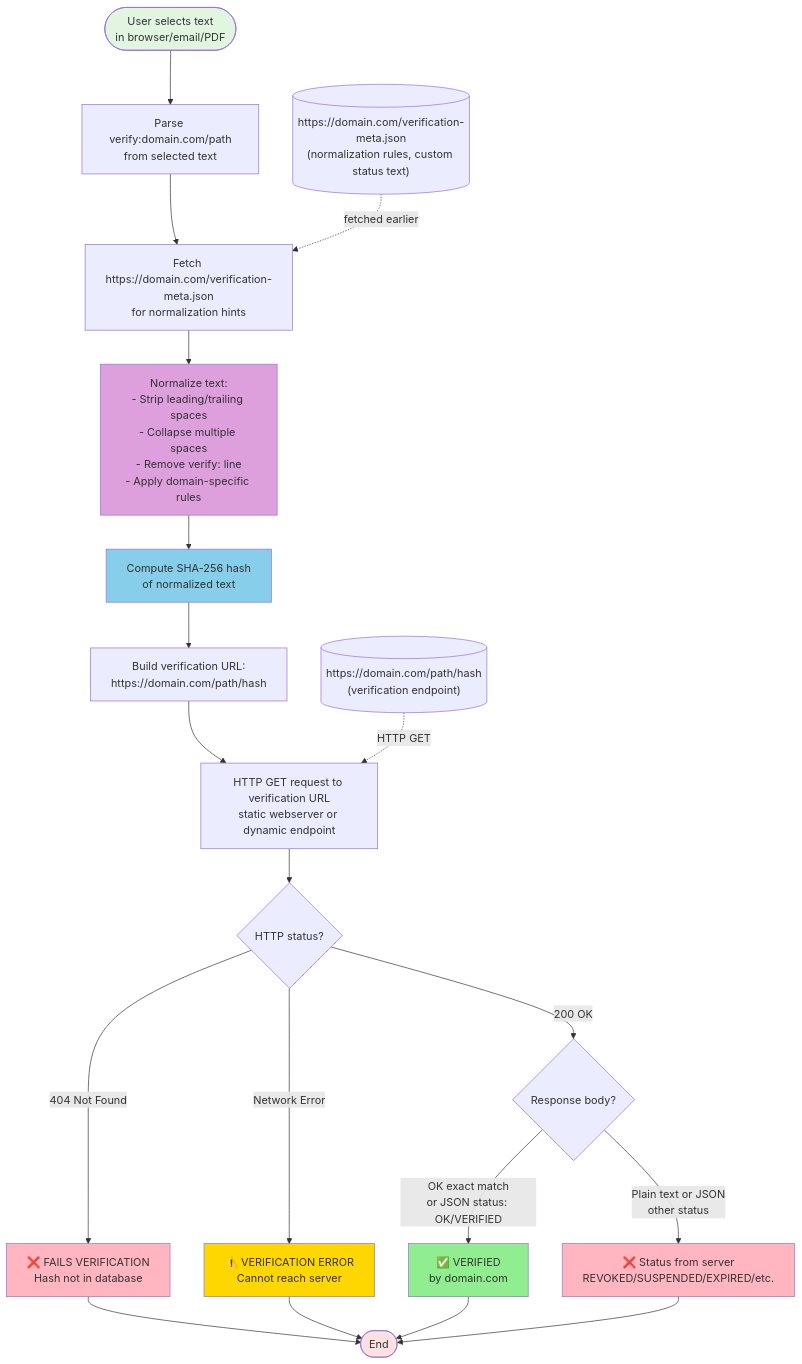
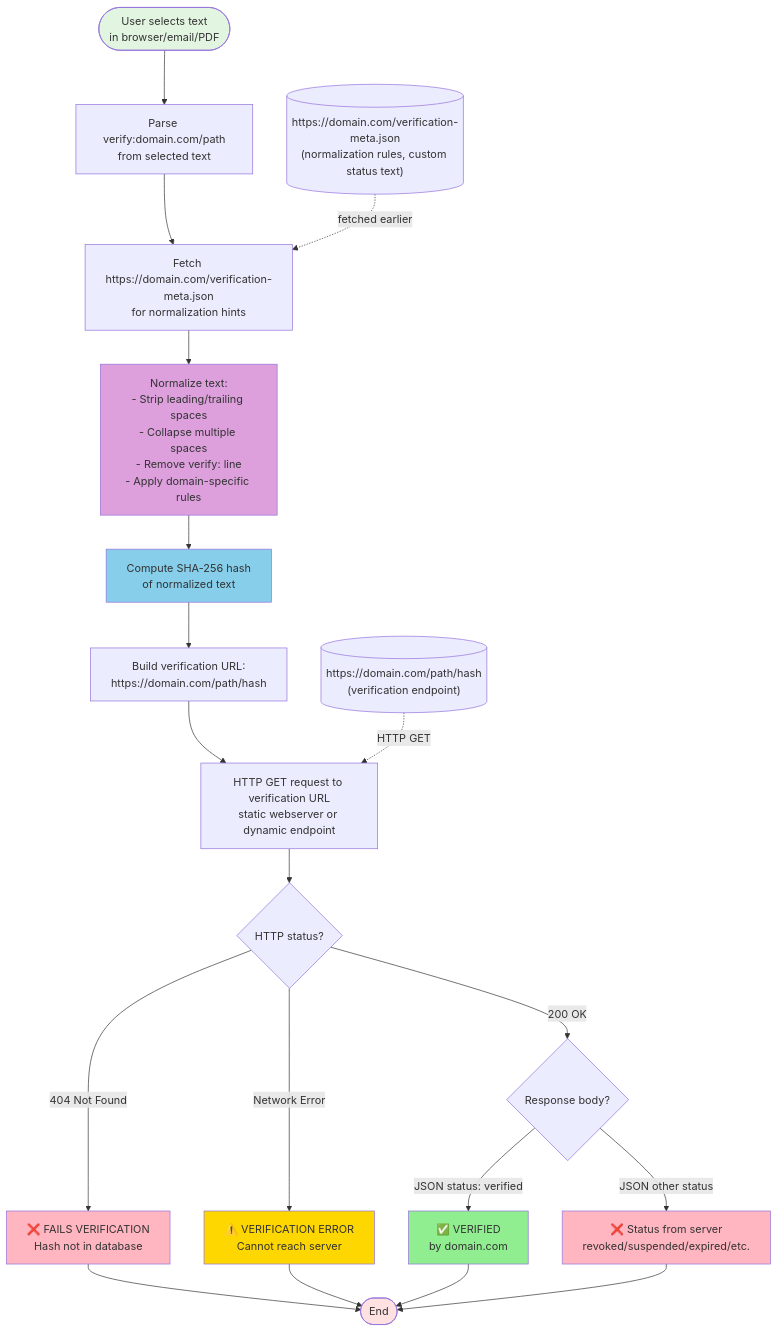
One commit to live-verify/live-verify changed the first of 2 diagrams in README.md. Above: the diagram before and after it, drawn with Mermaid. The commit also changed other lines of this file and 63 other files, not shown here.

````diff
--- a/README.md
+++ b/README.md
@@ -253,32 +253,32 @@
 ```mermaid
 flowchart TD
     Start([User selects text<br/>in browser/email/PDF]) --> ParseVerify[Parse verify:domain.com/path<br/>from selected text]
     ParseVerify --> FetchMeta[Fetch https://domain.com/verification-meta.json<br/>for normalization hints]
     FetchMeta --> Normalize[Normalize text:<br/>- Strip leading/trailing spaces<br/>- Collapse multiple spaces<br/>- Remove verify: line<br/>- Apply domain-specific rules]
     Normalize --> Hash[Compute SHA-256 hash<br/>of normalized text]
     Hash --> BuildURL[Build verification URL:<br/>https://domain.com/path/hash]
 
     MetaURL[("https://domain.com/verification-meta.json<br/>(normalization rules, custom status text)")] -.->|fetched earlier| FetchMeta
     VerifyURL[("https://domain.com/path/hash<br/>(verification endpoint)")] -.->|HTTP GET| Verify
 
     BuildURL --> Verify[HTTP GET request to verification URL<br/>static webserver or dynamic endpoint]
     Verify --> CheckHTTP{HTTP status?}
     CheckHTTP -->|404 Not Found| ShowNotFound[❌ FAILS VERIFICATION<br/>Hash not in database]
     CheckHTTP -->|Network Error| ShowError[⚠️ VERIFICATION ERROR<br/>Cannot reach server]
     CheckHTTP -->|200 OK| CheckBody{Response body?}
-    CheckBody -->|"OK" exact match<br/>or JSON status: OK/VERIFIED| ShowVerified[✅ VERIFIED<br/>by domain.com]
-    CheckBody -->|Plain text or JSON<br/>other status| ShowNotOK[❌ Status from server<br/>REVOKED/SUSPENDED/EXPIRED/etc.]
+    CheckBody -->|JSON status: verified| ShowVerified[✅ VERIFIED<br/>by domain.com]
+    CheckBody -->|JSON other status| ShowNotOK[❌ Status from server<br/>revoked/suspended/expired/etc.]
     ShowVerified --> End([End])
     ShowNotFound --> End
     ShowNotOK --> End
     ShowError --> End
 
     style Start fill:#e1f5e1
     style End fill:#ffe1e1
     style ShowVerified fill:#90EE90
     style ShowNotFound fill:#FFB6C1
     style ShowNotOK fill:#FFB6C1
     style ShowError fill:#FFD700
     style Hash fill:#87CEEB
     style Normalize fill:#DDA0DD
 ```
````
